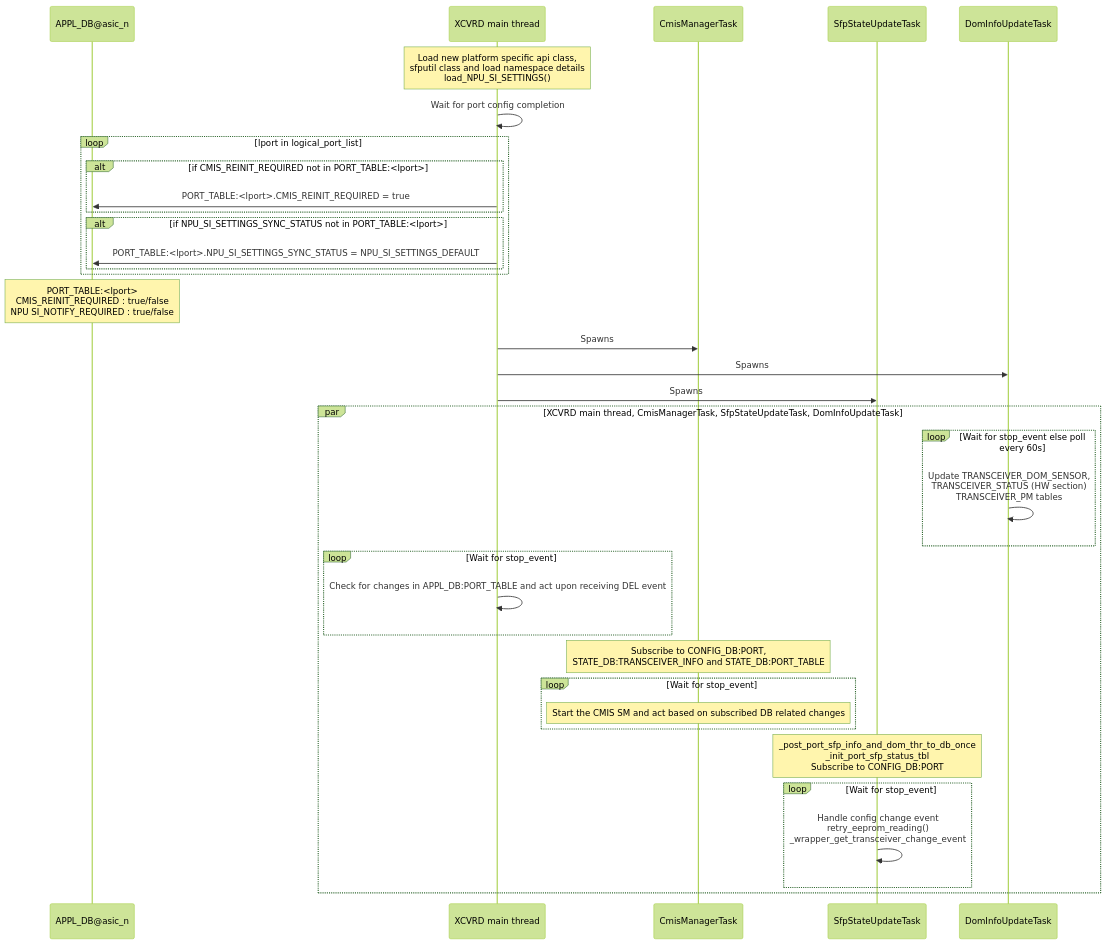
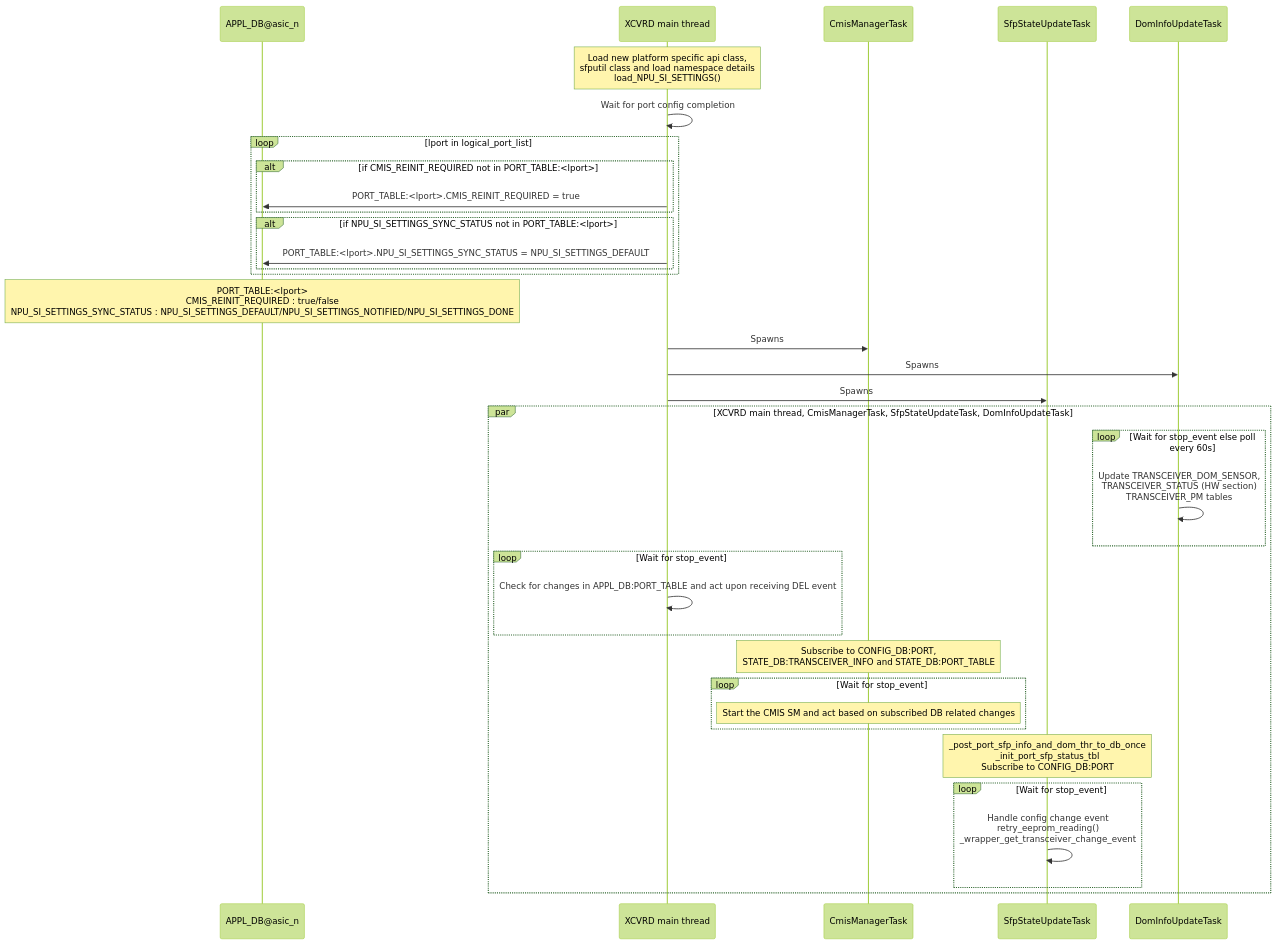
One commit to sonic-net/SONiC changed the first of 5 diagrams in doc/sfp-cmis/Interface-Link-bring-up-sequence.md. Above: the diagram before and after it, drawn with Mermaid (forest theme). The commit also changed other lines of this file, not shown here.

Commit message:
Corrected typo in XCVRD init sequence diagram

````diff
--- a/doc/sfp-cmis/Interface-Link-bring-up-sequence.md
+++ b/doc/sfp-cmis/Interface-Link-bring-up-sequence.md
@@ -249,39 +249,39 @@
 ```mermaid
 sequenceDiagram
     participant APPL_DB as APPL_DB@asic_n
     participant XCVRDMT as XCVRD main thread
     participant CmisManagerTask
     participant SfpStateUpdateTask
     participant DomInfoUpdateTask
 
     Note over XCVRDMT: Load new platform specific api class,<br> sfputil class and load namespace details<br> load_NPU_SI_SETTINGS()
     XCVRDMT ->> XCVRDMT: Wait for port config completion
     loop lport in logical_port_list
         alt if CMIS_REINIT_REQUIRED not in PORT_TABLE:<lport>
             XCVRDMT ->> APPL_DB: PORT_TABLE:<lport>.CMIS_REINIT_REQUIRED = true
         end
         alt if NPU_SI_SETTINGS_SYNC_STATUS not in PORT_TABLE:<lport>
             XCVRDMT ->> APPL_DB: PORT_TABLE:<lport>.NPU_SI_SETTINGS_SYNC_STATUS = NPU_SI_SETTINGS_DEFAULT
         end
     end
-    Note over APPL_DB: PORT_TABLE:<lport><br>CMIS_REINIT_REQUIRED : true/false<br>NPU SI_NOTIFY_REQUIRED : true/false
+    Note over APPL_DB: PORT_TABLE:<lport><br>CMIS_REINIT_REQUIRED : true/false<br>NPU_SI_SETTINGS_SYNC_STATUS : NPU_SI_SETTINGS_DEFAULT/NPU_SI_SETTINGS_NOTIFIED/NPU_SI_SETTINGS_DONE
     XCVRDMT ->> CmisManagerTask: Spawns
     XCVRDMT ->> DomInfoUpdateTask: Spawns
     XCVRDMT ->> SfpStateUpdateTask: Spawns
     par XCVRD main thread, CmisManagerTask, SfpStateUpdateTask, DomInfoUpdateTask
         loop Wait for stop_event else poll every 60s
             DomInfoUpdateTask->>DomInfoUpdateTask: Update TRANSCEIVER_DOM_SENSOR,<br>TRANSCEIVER_STATUS (HW section)<br>TRANSCEIVER_PM tables
         end
         loop Wait for stop_event
             XCVRDMT->>XCVRDMT: Check for changes in APPL_DB:PORT_TABLE and act upon receiving DEL event
         end
         Note over CmisManagerTask: Subscribe to CONFIG_DB:PORT,<br>STATE_DB:TRANSCEIVER_INFO and STATE_DB:PORT_TABLE
         loop Wait for stop_event
             Note over CmisManagerTask: Start the CMIS SM and act based on subscribed DB related changes
         end
         Note over SfpStateUpdateTask: _post_port_sfp_info_and_dom_thr_to_db_once<br>_init_port_sfp_status_tbl<br>Subscribe to CONFIG_DB:PORT
         loop Wait for stop_event
             SfpStateUpdateTask ->> SfpStateUpdateTask: Handle config change event<br>retry_eeprom_reading()<br>_wrapper_get_transceiver_change_event
         end
     end
 ```
````
